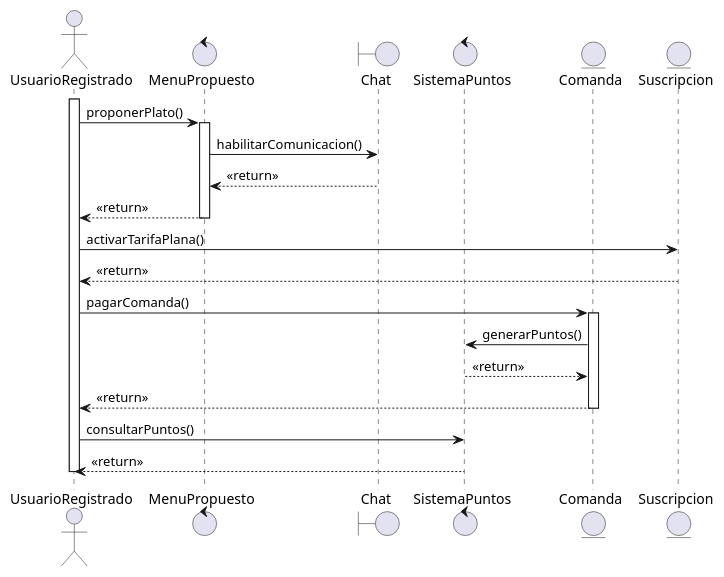
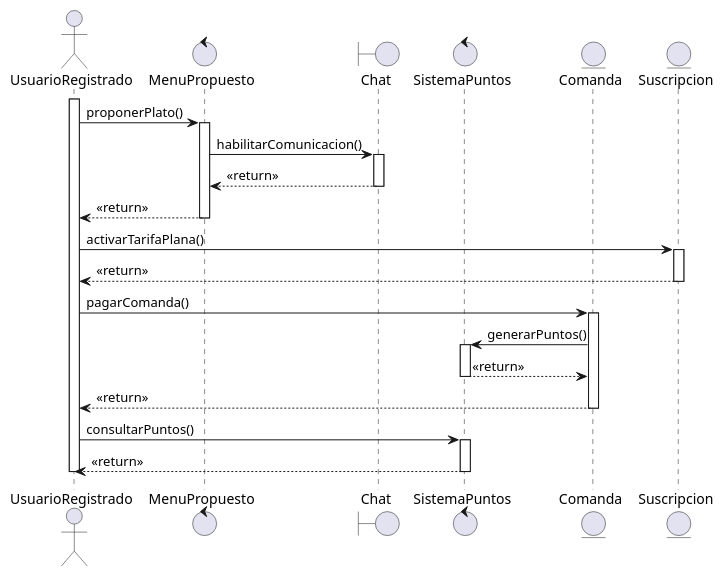
The diagram in documents/Diagramas Secuencia/CodigoUML/bloq6.pUML (dabien3/ES25UAB-511-05), drawn with PlantUML before and after one commit. The commit also changed other lines of this file, not shown here.

```diff
--- a/documents/Diagramas Secuencia/CodigoUML/bloq6.pUML
+++ b/documents/Diagramas Secuencia/CodigoUML/bloq6.pUML
@@ -1,34 +1,42 @@
 @startuml
 actor UsuarioRegistrado
 control MenuPropuesto
 boundary Chat
 control SistemaPuntos
 entity Comanda
 entity Suscripcion
 
 activate UsuarioRegistrado
 
 UsuarioRegistrado -> MenuPropuesto : proponerPlato()
 activate MenuPropuesto
 
 MenuPropuesto -> Chat : habilitarComunicacion()
+activate Chat
 Chat --> MenuPropuesto : <<return>>
+deactivate Chat
 
 MenuPropuesto --> UsuarioRegistrado : <<return>>
 deactivate MenuPropuesto
 
 UsuarioRegistrado -> Suscripcion : activarTarifaPlana()
+activate Suscripcion
 Suscripcion --> UsuarioRegistrado : <<return>>
+deactivate Suscripcion
 
 UsuarioRegistrado -> Comanda : pagarComanda()
 activate Comanda
 Comanda -> SistemaPuntos : generarPuntos()
+activate SistemaPuntos
 SistemaPuntos --> Comanda : <<return>>
+deactivate SistemaPuntos
 Comanda --> UsuarioRegistrado : <<return>>
 deactivate Comanda
 
 UsuarioRegistrado -> SistemaPuntos : consultarPuntos()
+activate SistemaPuntos
 SistemaPuntos --> UsuarioRegistrado : <<return>>
+deactivate SistemaPuntos
 
 deactivate UsuarioRegistrado
 @enduml
```
